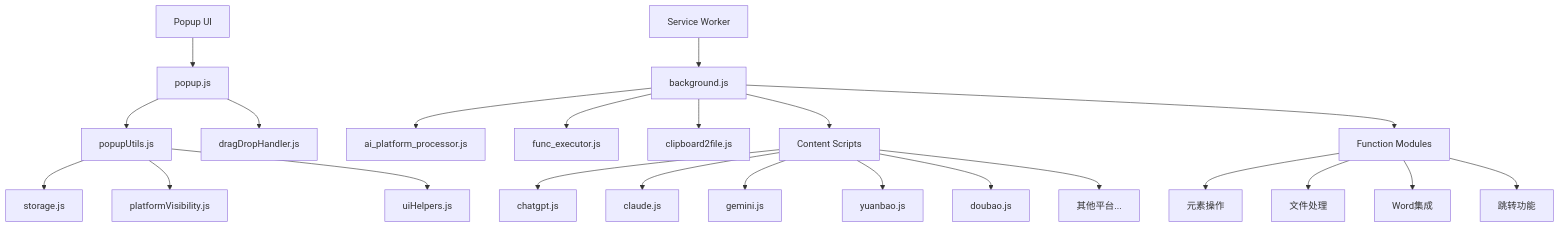
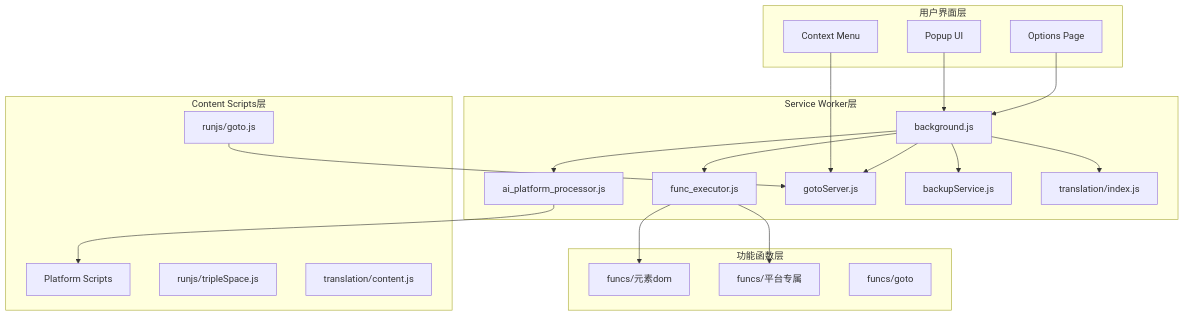
One commit to joke-lx/br_ct changed the diagram in README.md. Above: the diagram before and after it, drawn with Mermaid. The commit also changed other lines of this file and 1 other file, not shown here.

````diff
--- a/README.md
+++ b/README.md
@@ -56,29 +92,43 @@
 ```mermaid
 graph TB
-    A[Popup UI] --> B[popup.js]
-    B --> C[popupUtils.js]
-    B --> D[dragDropHandler.js]
-    C --> E[storage.js]
-    C --> F[platformVisibility.js]
-    C --> G[uiHelpers.js]
+    subgraph "用户界面层"
+        A[Popup UI]
+        B[Options Page]
+        C[Context Menu]
+    end
 
-    H[Service Worker] --> I[background.js]
-    I --> J[ai_platform_processor.js]
-    I --> K[func_executor.js]
-    I --> L[clipboard2file.js]
+    subgraph "Service Worker层"
+        D[background.js]
+        E[ai_platform_processor.js]
+        F[func_executor.js]
+        G[gotoServer.js]
+        H[backupService.js]
+        I[translation/index.js]
+    end
 
-    M[Content Scripts] --> N[chatgpt.js]
-    M --> O[claude.js]
-    M --> P[gemini.js]
-    M --> Q[yuanbao.js]
-    M --> R[doubao.js]
-    M --> S[其他平台...]
+    subgraph "Content Scripts层"
+        J[Platform Scripts]
+        K[runjs/goto.js]
+        L[runjs/tripleSpace.js]
+        M[translation/content.js]
+    end
 
-    T[Function Modules] --> U[元素操作]
-    T --> V[文件处理]
-    T --> W[Word集成]
-    T --> X[跳转功能]
+    subgraph "功能函数层"
+        N[funcs/元素dom]
+        O[funcs/平台专属]
+        P[funcs/goto]
+    end
 
-    I --> M
-    I --> T
+    A --> D
+    B --> D
+    C --> G
+    D --> E
+    D --> F
+    D --> G
+    D --> H
+    D --> I
+    E --> J
+    F --> N
+    F --> O
+    K --> G
 ```
````
